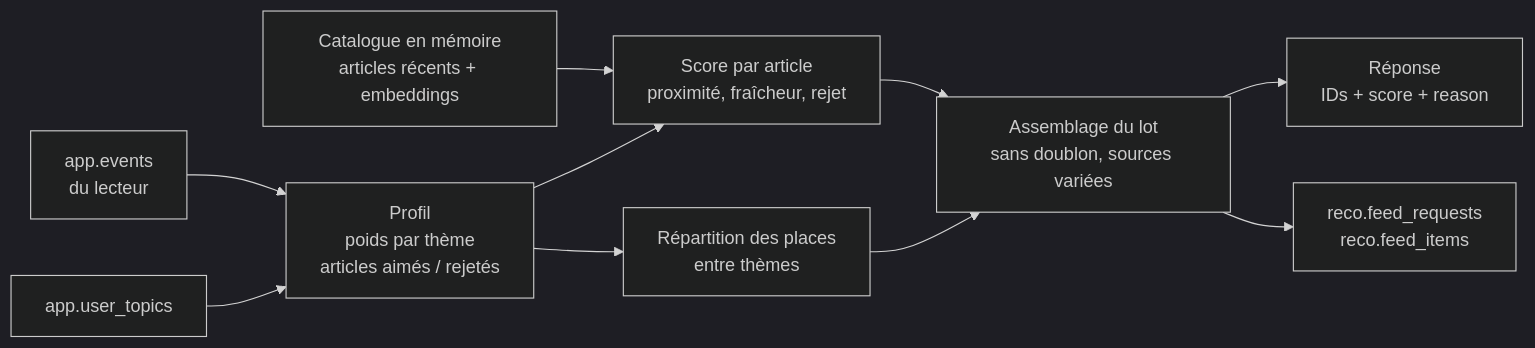
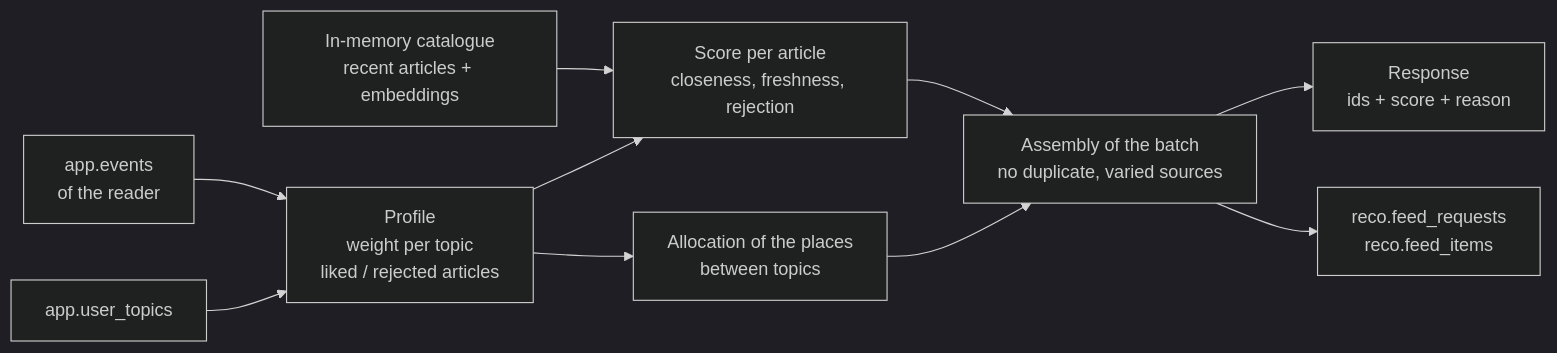
One commit to Swipread/reco changed the diagram in docs/algo_reco.md. Above: the diagram before and after it, drawn with Mermaid (dark theme). The commit also changed other lines of this file and 1 other file, not shown here.

````diff
--- a/docs/algo_reco.md
+++ b/docs/algo_reco.md
@@ -37,12 +39,12 @@
 ```mermaid
 flowchart LR
-    EVT["app.events<br/>du lecteur"] --> PROF["Profil<br/>poids par thème<br/>articles aimés / rejetés"]
+    EVT["app.events<br/>of the reader"] --> PROF["Profile<br/>weight per topic<br/>liked / rejected articles"]
     UT["app.user_topics"] --> PROF
-    CAT["Catalogue en mémoire<br/>articles récents + embeddings"] --> SCORE["Score par article<br/>proximité, fraîcheur, rejet"]
+    CAT["In-memory catalogue<br/>recent articles + embeddings"] --> SCORE["Score per article<br/>closeness, freshness, rejection"]
     PROF --> SCORE
-    PROF --> ALLOC["Répartition des places<br/>entre thèmes"]
-    SCORE --> LOT["Assemblage du lot<br/>sans doublon, sources variées"]
+    PROF --> ALLOC["Allocation of the places<br/>between topics"]
+    SCORE --> LOT["Assembly of the batch<br/>no duplicate, varied sources"]
     ALLOC --> LOT
-    LOT --> REP["Réponse<br/>IDs + score + reason"]
+    LOT --> REP["Response<br/>ids + score + reason"]
     LOT --> LOG["reco.feed_requests<br/>reco.feed_items"]
 ```
````
